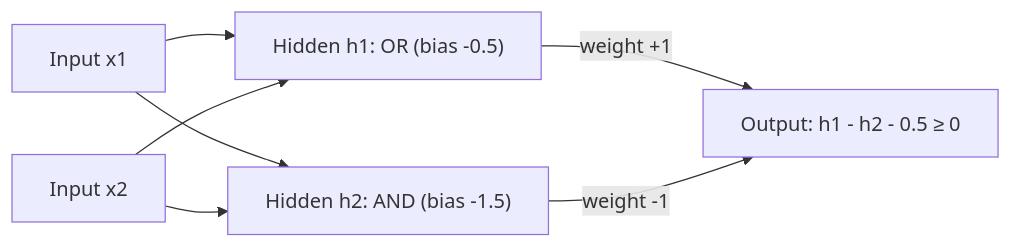
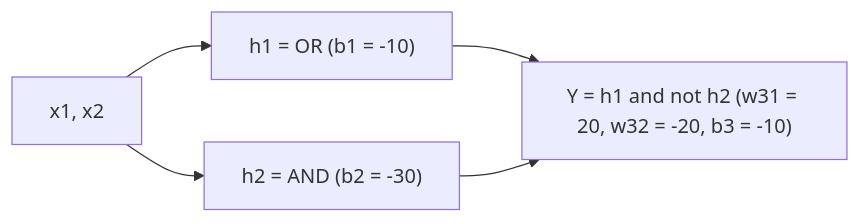
One commit to TrendySloth1001/sem-seven-notes changed the fourth of 5 diagrams in content/deep-learning/notes/perceptron-mlp.mdx. Above: the diagram before and after it, drawn with Mermaid. The commit also changed other lines of this file and 168 other files, not shown here.

Commit message:
Rewrite the Module 1, activation, loss and GAN notes and their 25 answers from the teachers' class files. They keep the teacher's definitions, use 80 of their figures with class-notes citations only, and fix the slide errors in the XOR, NAND, loss and KL formulas.

````diff
--- a/content/deep-learning/notes/perceptron-mlp.mdx
+++ b/content/deep-learning/notes/perceptron-mlp.mdx
@@ -271,10 +240,8 @@
 ```mermaid
-%% caption: XOR with one hidden layer. The two hidden perceptrons compute OR and AND; the output fires only when OR is on and AND is off.
+%% caption: How the two hidden neurons turn XOR into a simple rule. Hidden neuron 1 fires for OR, hidden neuron 2 fires for AND, and the output says OR but not AND.
 flowchart LR
-  X1["Input x1"] --> H1["Hidden h1: OR (bias -0.5)"]
-  X2["Input x2"] --> H1
-  X1 --> H2["Hidden h2: AND (bias -1.5)"]
-  X2 --> H2
-  H1 -- "weight +1" --> Y["Output: h1 - h2 - 0.5 ≥ 0"]
-  H2 -- "weight -1" --> Y
+  A["x1, x2"] --> B["h1 = OR (b1 = -10)"]
+  A --> C["h2 = AND (b2 = -30)"]
+  B --> D["Y = h1 and not h2 (w31 = 20, w32 = -20, b3 = -10)"]
+  C --> D
 ```
````
